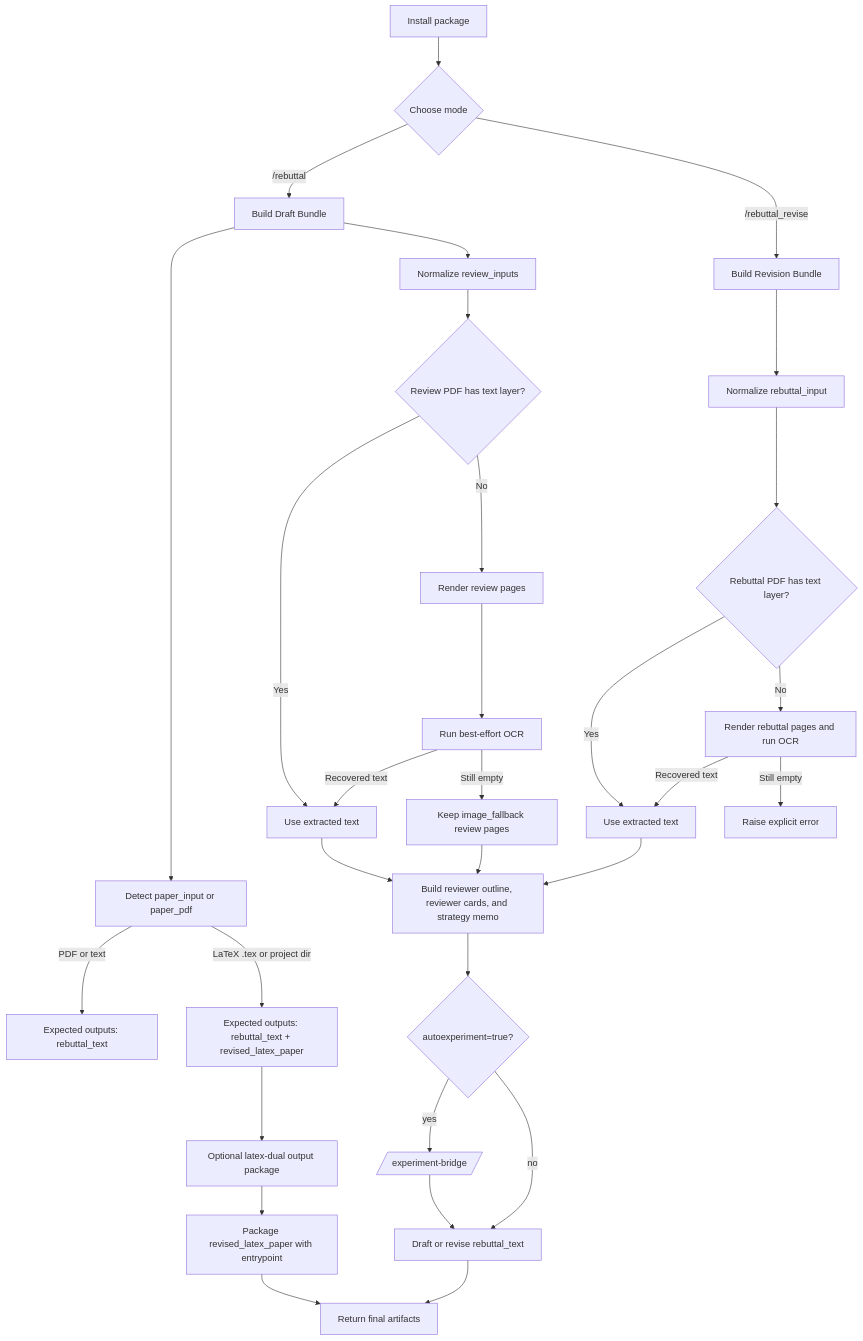
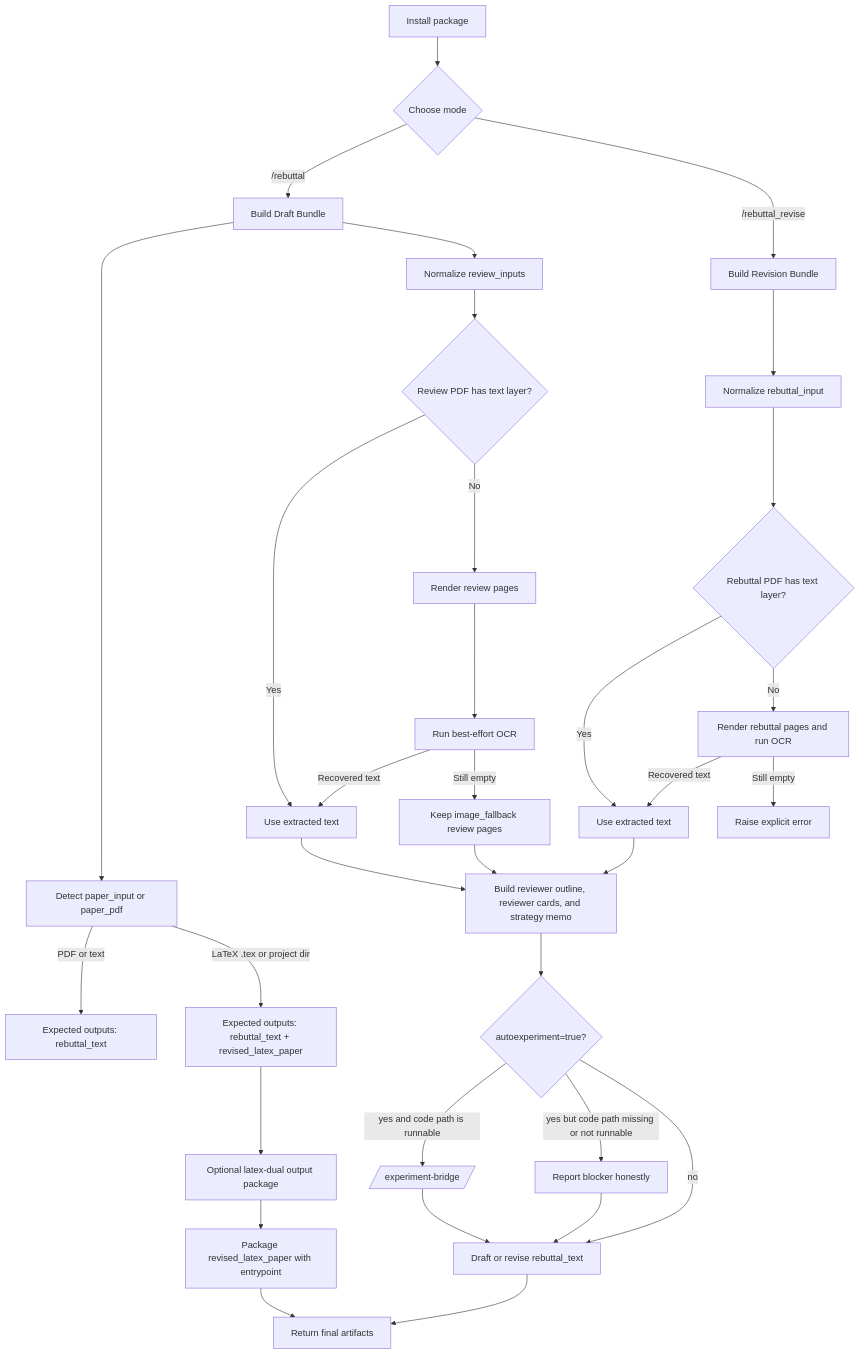
The diagram in README.md (YoujunZhao/AutoRebuttal), drawn with Mermaid before and after one commit. The commit also changed other lines of this file and 16 other files, not shown here.

````diff
--- a/README.md
+++ b/README.md
@@ -186,33 +187,35 @@
 ```mermaid
 flowchart TD
     A[Install package] --> B{Choose mode}
     B -->|/rebuttal| C[Build Draft Bundle]
     B -->|/rebuttal_revise| D[Build Revision Bundle]
     C --> E[Detect paper_input or paper_pdf]
     E -->|PDF or text| F[Expected outputs: rebuttal_text]
     E -->|LaTeX .tex or project dir| G[Expected outputs: rebuttal_text + revised_latex_paper]
     C --> H[Normalize review_inputs]
     H --> I{Review PDF has text layer?}
     I -->|Yes| J[Use extracted text]
     I -->|No| K[Render review pages]
     K --> L[Run best-effort OCR]
     L -->|Recovered text| J
     L -->|Still empty| M[Keep image_fallback review pages]
     D --> N[Normalize rebuttal_input]
     N --> O{Rebuttal PDF has text layer?}
     O -->|Yes| P[Use extracted text]
     O -->|No| Q[Render rebuttal pages and run OCR]
     Q -->|Recovered text| P
     Q -->|Still empty| R[Raise explicit error]
     J --> S[Build reviewer outline, reviewer cards, and strategy memo]
     M --> S
     P --> S
     S --> X{autoexperiment=true?}
-    X -->|yes| Y[/experiment-bridge/]
+    X -->|yes and code path is runnable| Y[/experiment-bridge/]
+    X -->|yes but code path missing or not runnable| Z[Report blocker honestly]
     X -->|no| U[Draft or revise rebuttal_text]
     G --> T[Optional latex-dual output package]
     Y --> U[Draft or revise rebuttal_text]
+    Z --> U[Draft or revise rebuttal_text]
     T --> V[Package revised_latex_paper with entrypoint]
     U --> W[Return final artifacts]
     V --> W
 ```
````
